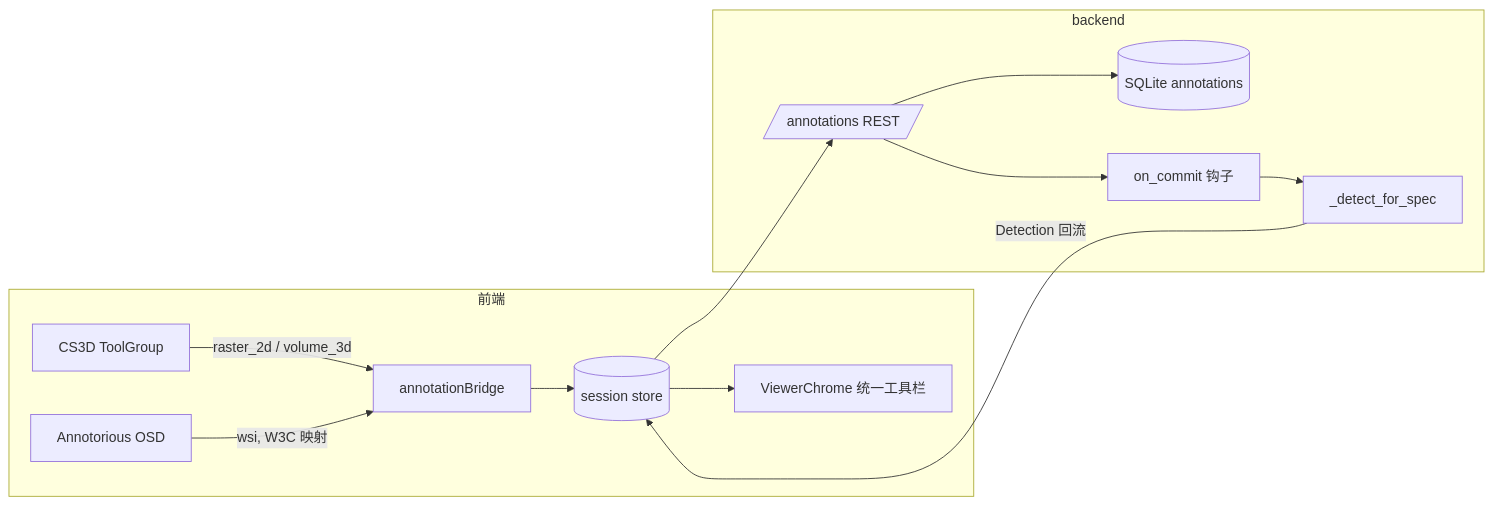
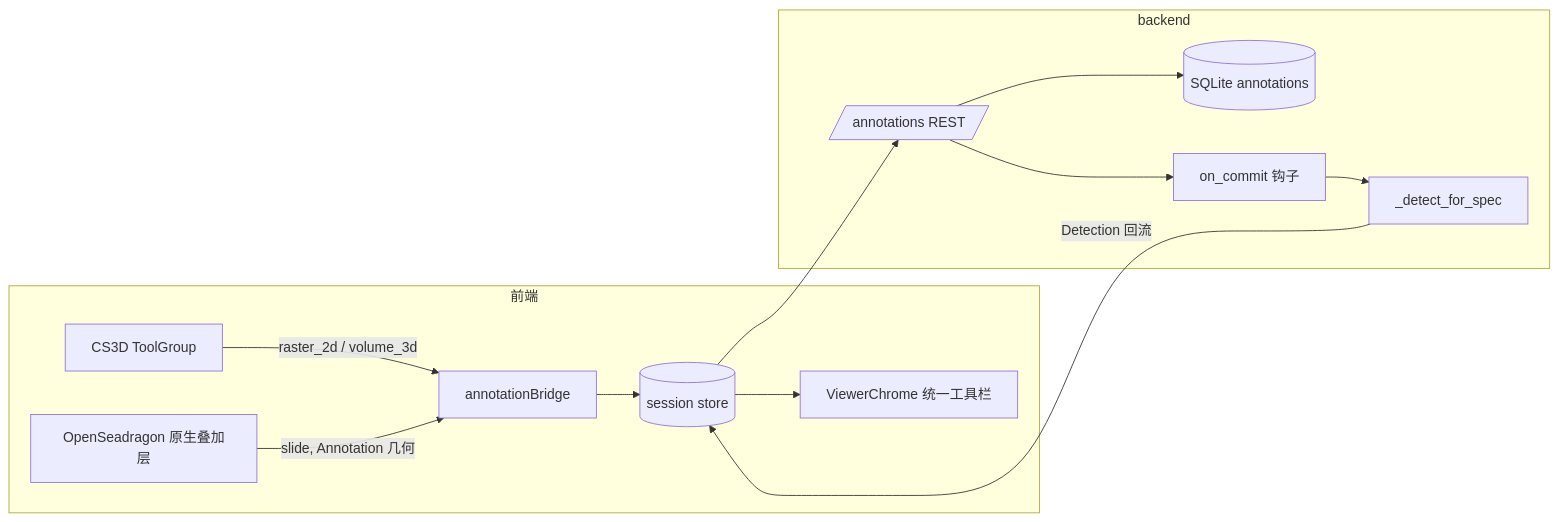
Before and after one commit to zhentai-sn/open-glaux: the second of 4 diagrams in docs/sdd/feats/04-unified-annotation-toolbox/README.md, drawn with Mermaid. The commit also changed other lines of this file and 19 other files, not shown here.

````diff
--- a/docs/sdd/feats/04-unified-annotation-toolbox/README.md
+++ b/docs/sdd/feats/04-unified-annotation-toolbox/README.md
@@ -87,16 +87,16 @@
 ```mermaid
 flowchart LR
     subgraph FE[前端]
         TG[CS3D ToolGroup] -->|raster_2d / volume_3d| CB[annotationBridge]
-        AN[Annotorious OSD] -->|wsi, W3C 映射| CB
+        AN[OpenSeadragon 原生叠加层] -->|slide, Annotation 几何| CB
         CB --> ST[(session store)]
         ST --> Chrome[ViewerChrome 统一工具栏]
     end
     subgraph BE[backend]
         API[/annotations REST/] --> SQ[(SQLite annotations)]
         API --> HOOK[on_commit 钩子]
         HOOK --> DET[_detect_for_spec]
     end
     ST --> API
     DET -->|Detection 回流| ST
 ```
````
